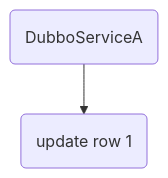
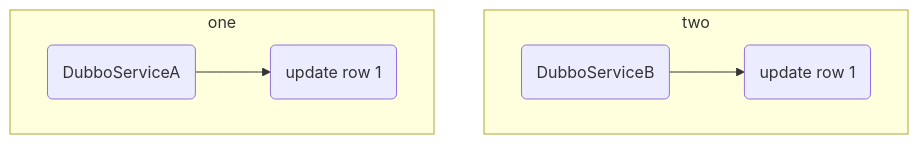
One commit to zhudongdong/docs changed the diagram in dubbo/服务治理问题案例.md. Above: the diagram before and after it, drawn with Mermaid. The commit also changed other lines of this file, not shown here.

Commit message:
Uploaded by https://stackedit.io/

````diff
--- a/dubbo/服务治理问题案例.md
+++ b/dubbo/服务治理问题案例.md
@@ -3,5 +3,10 @@
 ```mermaid
 graph TB
+
+subgraph two
+c(DubboServiceB) --> d(update row 1)
+end
+subgraph one
 a(DubboServiceA) --> b(update row 1)
-
+end
 ```
````
